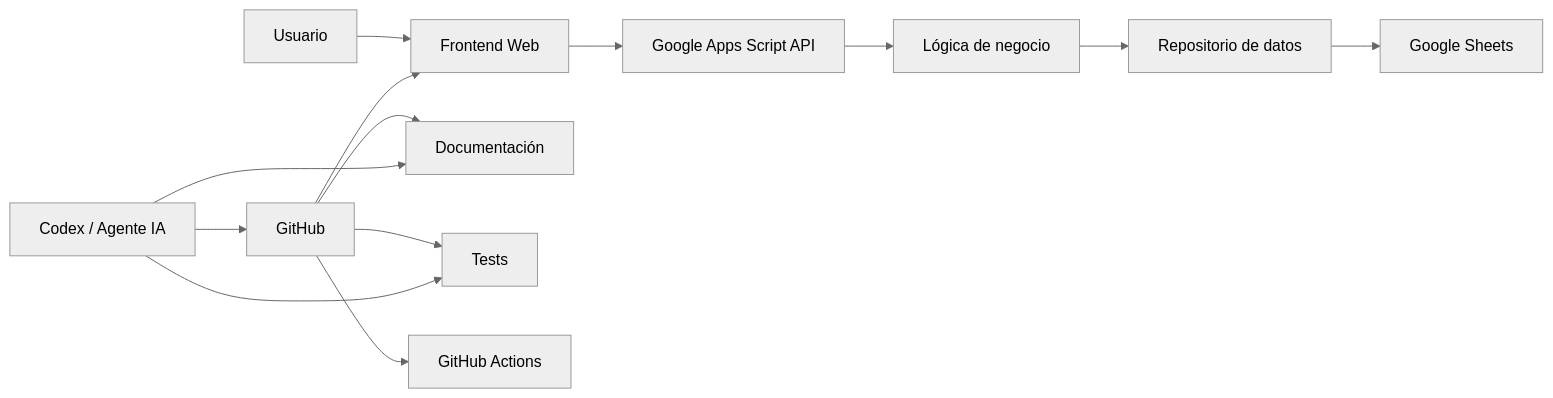
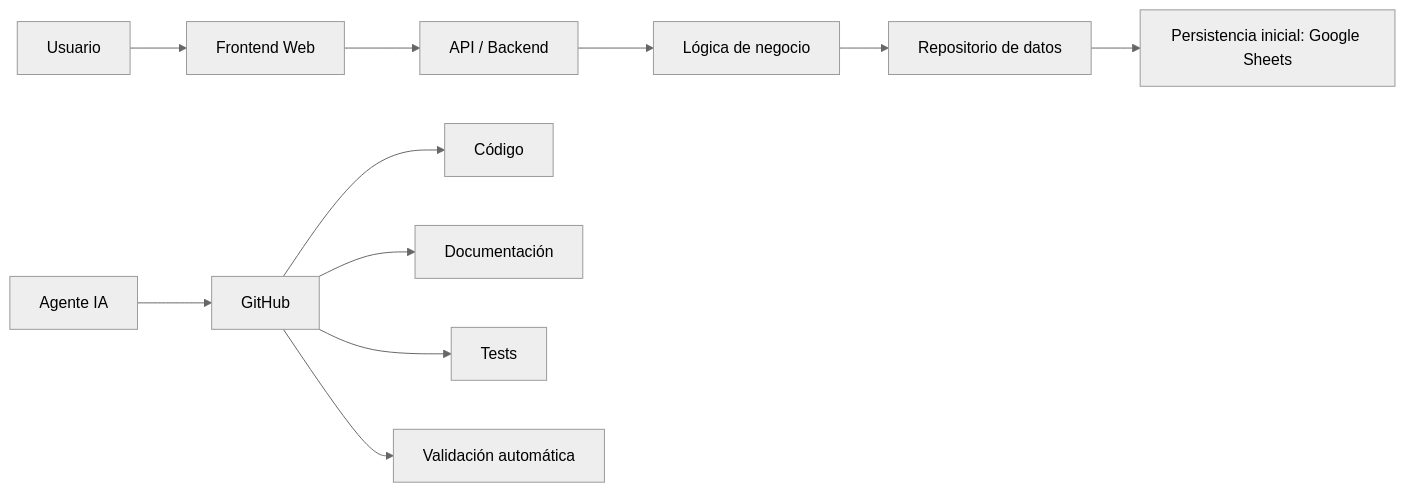
The first of 7 diagrams in docs/03-arquitectura.md (balderasalberto/eventos-sociales), drawn with Mermaid (neutral theme) before and after one commit. The commit also changed other lines of this file, not shown here.

Commit message:
docs: make architecture agent-agnostic

````diff
--- a/docs/03-arquitectura.md
+++ b/docs/03-arquitectura.md
@@ -23,17 +24,15 @@
 ```mermaid
 flowchart LR
     U[Usuario] --> FE[Frontend Web]
-    FE --> API[Google Apps Script API]
+    FE --> API[API / Backend]
     API --> BL[Lógica de negocio]
     BL --> REPO[Repositorio de datos]
-    REPO --> GS[Google Sheets]
+    REPO --> GS[Persistencia inicial: Google Sheets]
 
-    GH[GitHub] --> FE
+    GH[GitHub] --> CODE[Código]
     GH --> DOC[Documentación]
     GH --> TEST[Tests]
-    GH --> CI[GitHub Actions]
+    GH --> CI[Validación automática]
 
-    AG[Codex / Agente IA] --> GH
-    AG --> DOC
-    AG --> TEST
+    AI[Agente IA] --> GH
 ```
````
